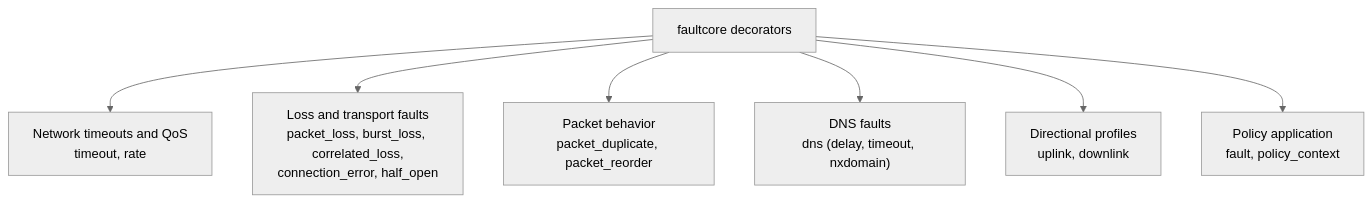
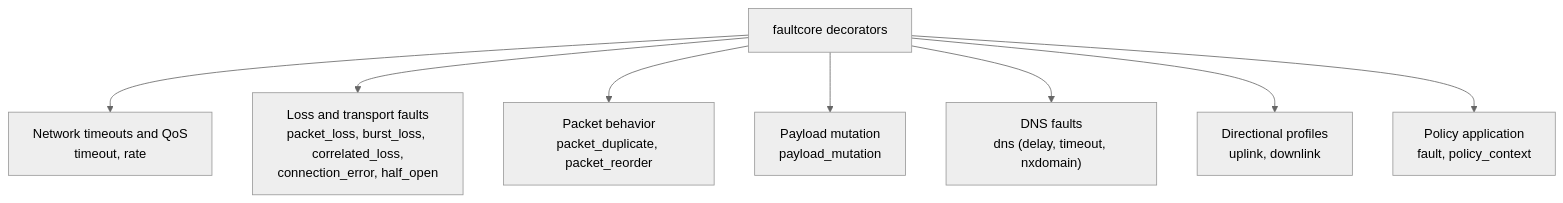
One commit to albertobadia/faultcore changed the diagram in docs/api_reference.md. Above: the diagram before and after it, drawn with Mermaid (neutral theme). The commit also changed other lines of this file and 2 other files, not shown here.

Commit message:
ADD: payload_mutation feature documentation across api_reference.md, architecture.md, and shm_protocol.md

````diff
--- a/docs/api_reference.md
+++ b/docs/api_reference.md
@@ -14,9 +14,10 @@
 ```mermaid
 flowchart TD
     D["faultcore decorators"] --> T["Network timeouts and QoS<br/>timeout, rate"]
     D --> L["Loss and transport faults<br/>packet_loss, burst_loss, correlated_loss,<br/>connection_error, half_open"]
     D --> R["Packet behavior<br/>packet_duplicate, packet_reorder"]
+    D --> M["Payload mutation<br/>payload_mutation"]
     D --> N["DNS faults<br/>dns (delay, timeout, nxdomain)"]
     D --> G["Directional profiles<br/>uplink, downlink"]
     D --> P["Policy application<br/>fault, policy_context"]
 ```
````
